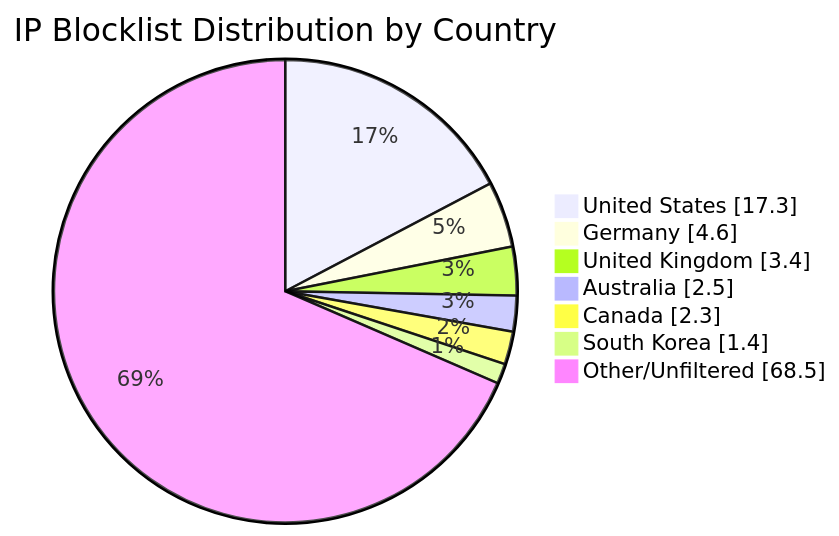
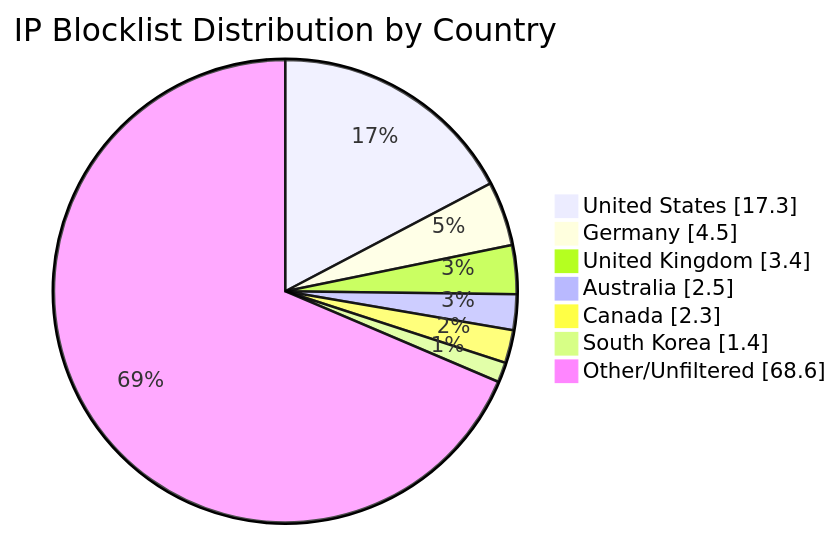
The diagram in README.md (MarcusHoltz/ipblocklist-geofiltered-aggregator), drawn with Mermaid before and after one commit. The commit also changed other lines of this file and 9 other files, not shown here.

````diff
--- a/README.md
+++ b/README.md
@@ -34,10 +34,10 @@
 ```mermaid
 pie showData title IP Blocklist Distribution by Country
 "United States" : 17.3
-"Germany" : 4.6
+"Germany" : 4.5
 "United Kingdom" : 3.4
 "Australia" : 2.5
 "Canada" : 2.3
 "South Korea" : 1.4
-"Other/Unfiltered" : 68.5
+"Other/Unfiltered" : 68.6
 ```
````
